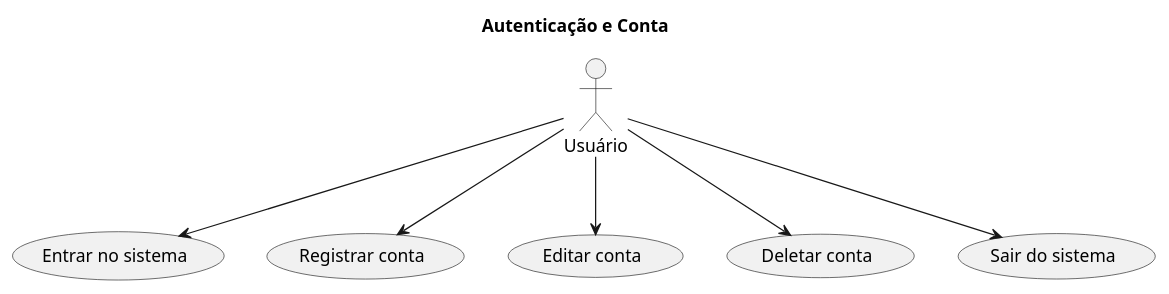
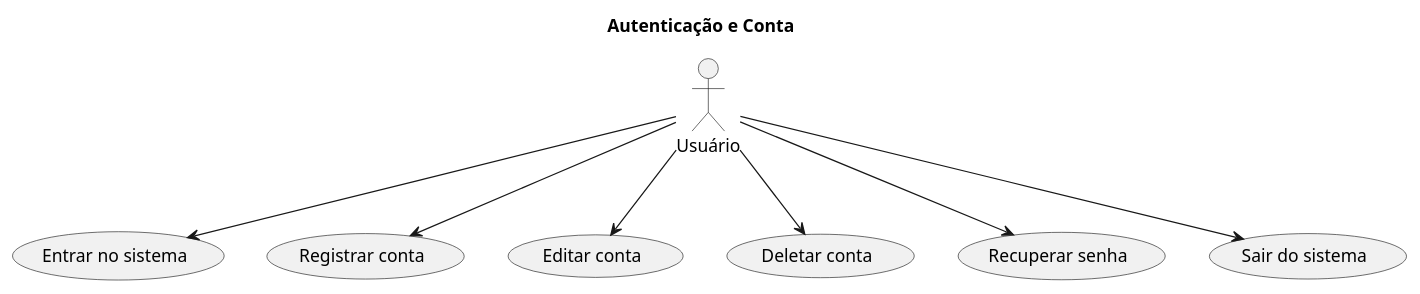
The diagram in docs/Use Case Diagrams/uc-diagram-account.plantuml (Guilherme-Jorge/save-point-backend), drawn with PlantUML before and after one commit. The commit also changed 1 other file, not shown here.

Commit message:
docs: added a use case to the account UC Diagram

```diff
--- a/docs/Use Case Diagrams/uc-diagram-account.plantuml
+++ b/docs/Use Case Diagrams/uc-diagram-account.plantuml
@@ -1,12 +1,13 @@
 @startuml
 title Autenticação e Conta
 
 actor Usuário
 
 Usuário --> (Entrar no sistema)
 Usuário --> (Registrar conta)
 Usuário --> (Editar conta)
 Usuário --> (Deletar conta)
+Usuário --> (Recuperar senha)
 Usuário --> (Sair do sistema)
 
 @enduml
```
